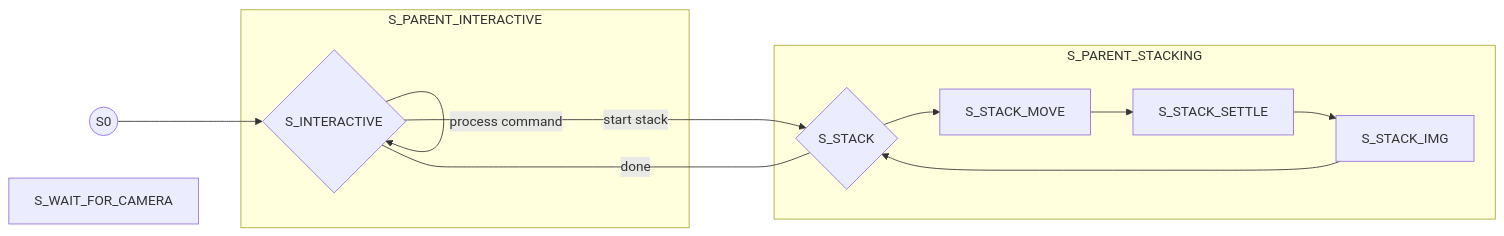
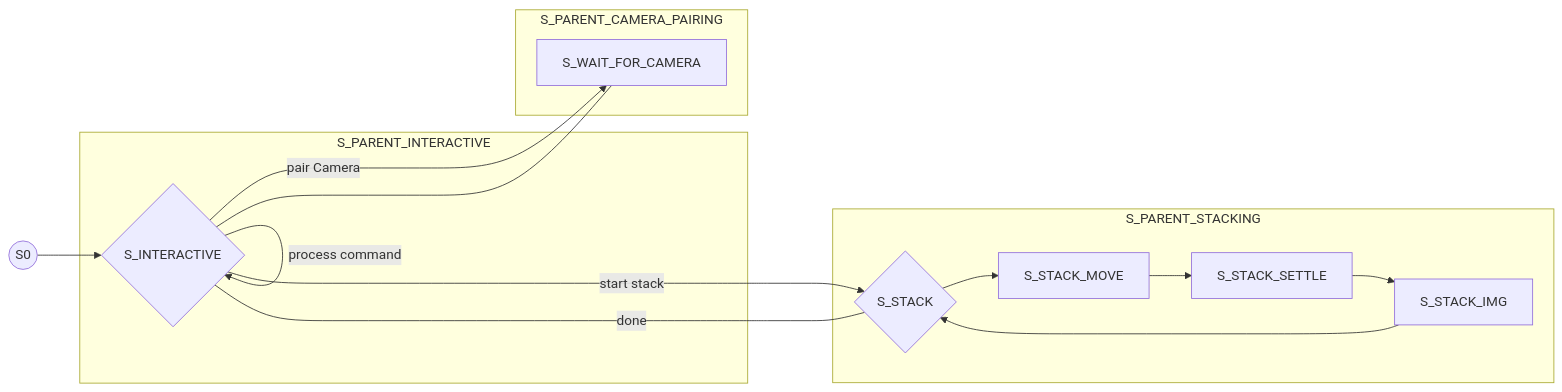
Before and after one commit to maxhbr/zephyr-rail: the diagram in app/mermaid.StateMachine.mmd, drawn with Mermaid. The commit also changed 9 other files, not shown here.

```diff
--- a/app/mermaid.StateMachine.mmd
+++ b/app/mermaid.StateMachine.mmd
@@ -1,24 +1,28 @@
 flowchart LR;
     S0((S0));
 
-    S_WAIT_FOR_CAMERA;
-
     subgraph S_PARENT_INTERACTIVE
       S_INTERACTIVE{S_INTERACTIVE}
+    end
+
+    subgraph S_PARENT_CAMERA_PAIRING
+      S_WAIT_FOR_CAMERA;
     end
     
     subgraph S_PARENT_STACKING;
       S_STACK{S_STACK}
       S_STACK_MOVE;
       S_STACK_SETTLE;
       S_STACK_IMG;
     end
 
     S0 --> S_INTERACTIVE;
+    S_INTERACTIVE --->|pair Camera| S_WAIT_FOR_CAMERA;
+    S_INTERACTIVE <--- S_WAIT_FOR_CAMERA;
     S_INTERACTIVE -->|process command| S_INTERACTIVE;
     S_INTERACTIVE -->|start stack| S_STACK;
     S_INTERACTIVE <-----|done| S_STACK;
     S_STACK_MOVE --> S_STACK_SETTLE;
     S_STACK_SETTLE --> S_STACK_IMG;
     S_STACK_IMG --> S_STACK;
     S_STACK --> S_STACK_MOVE;
```
